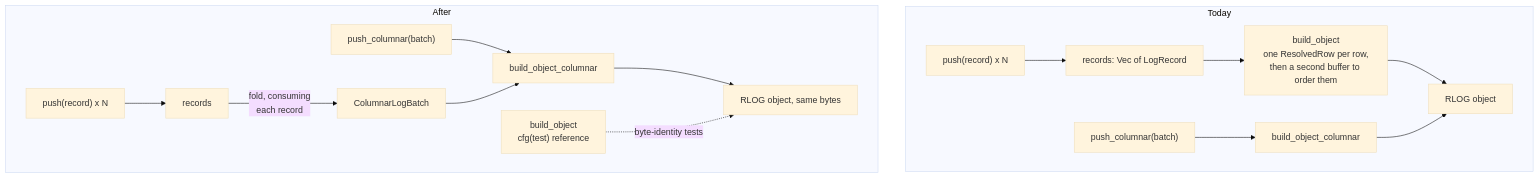
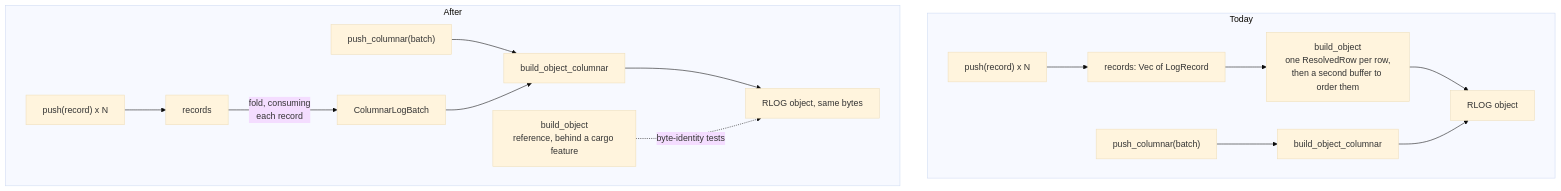
The diagram in docs/adrs/2467-row-input-encodes-through-the-columnar-builder.md (NOFireAI/ravel), drawn with Mermaid (base theme) before and after one commit. The commit also changed other lines of this file and 2 other files, not shown here.

First line of the commit message:
docs: name who enables the row-reference feature in ADR-2467

````diff
--- a/docs/adrs/2467-row-input-encodes-through-the-columnar-builder.md
+++ b/docs/adrs/2467-row-input-encodes-through-the-columnar-builder.md
@@ -144,18 +160,18 @@
 ```mermaid
 flowchart TD
     subgraph today["Today"]
         P1["push(record) x N"] --> R1["records: Vec of LogRecord"]
         R1 --> B1["build_object<br/>one ResolvedRow per row,<br/>then a second buffer to order them"]
         B1 --> O1["RLOG object"]
         C1["push_columnar(batch)"] --> B2["build_object_columnar"]
         B2 --> O1
     end
     subgraph after["After"]
         P2["push(record) x N"] --> R2["records"]
         R2 -->|"fold, consuming<br/>each record"| BA["ColumnarLogBatch"]
         C2["push_columnar(batch)"] --> BC["build_object_columnar"]
         BA --> BC
         BC --> O2["RLOG object, same bytes"]
-        T["build_object<br/>cfg(test) reference"] -.->|"byte-identity tests"| O2
+        T["build_object<br/>reference, behind a cargo feature"] -.->|"byte-identity tests"| O2
     end
 ```
````
